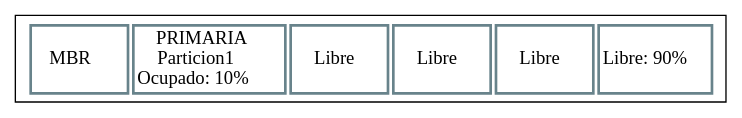
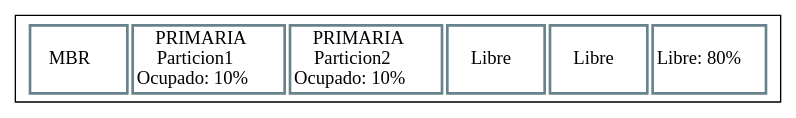
Before and after one commit to NatalyDuarte/MIA_P1_202001570: the diagram in Disk.dot, drawn with Graphviz. The commit also changed 20 other files, not shown here.

```diff
--- a/Disk.dot
+++ b/Disk.dot
@@ -1,9 +1,9 @@
 digraph G{
 tbl [
 shape=box
 label=<
 <table border='0' cellborder='2' width='100' height="30" color='lightblue4'>
-<tr><td height='30' width='75'> MBR </td><td height='30' width='75.0'>PRIMARIA <br/>Particion1 <br/> Ocupado: 10%</td><td height='30' width='75.0'>Libre</td><td height='30' width='75.0'>Libre</td><td height='30' width='75.0'>Libre</td><td height='30' width='75.0'>Libre: 90%</td>     </tr>
+<tr><td height='30' width='75'> MBR </td><td height='30' width='75.0'>PRIMARIA <br/>Particion1 <br/> Ocupado: 10%</td><td height='30' width='75.0'>PRIMARIA <br/>Particion2 <br/> Ocupado: 10%</td><td height='30' width='75.0'>Libre</td><td height='30' width='75.0'>Libre</td><td height='30' width='75.0'>Libre: 80%</td>     </tr>
 </table>
 >];
 }
```
